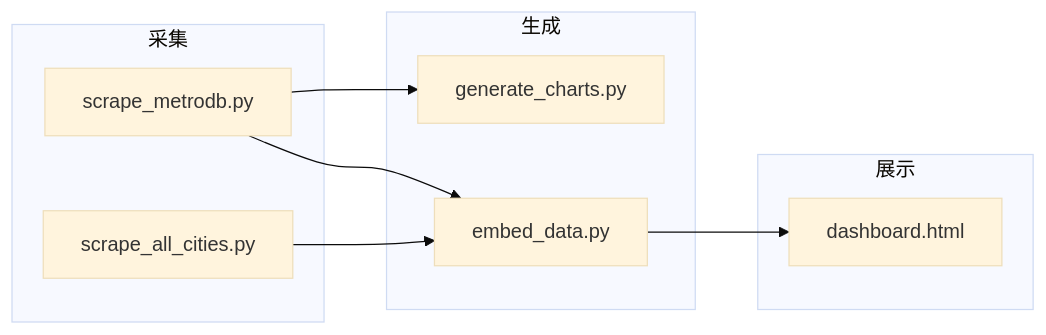
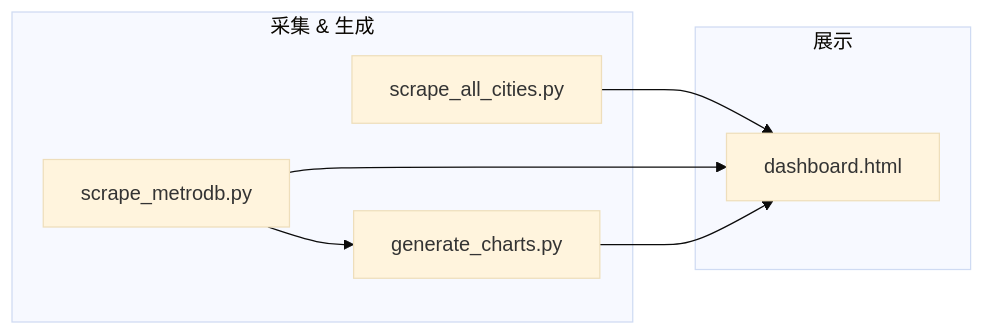
Before and after one commit to threeMoreTime/MAP: the second of 3 diagrams in docs/ARCHITECTURE_DATA_FLOW.md, drawn with Mermaid (base theme). The commit also changed other lines of this file and 11 other files, not shown here.

````diff
--- a/docs/ARCHITECTURE_DATA_FLOW.md
+++ b/docs/ARCHITECTURE_DATA_FLOW.md
@@ -78,19 +78,16 @@
 ```mermaid
 flowchart LR
-  subgraph 采集
+  subgraph scrapers["采集 & 生成"]
     S1[scrape_all_cities.py]
     S2[scrape_metrodb.py]
+    S3[generate_charts.py]
   end
-  subgraph 生成
-    S3[generate_charts.py]
-    S4[embed_data.py]
-  end
-  subgraph 展示
+  subgraph display["展示"]
     S5[dashboard.html]
   end
 
   S2 --> S3
-  S2 --> S4
-  S1 --> S4
-  S4 --> S5
+  S1 --> S5
+  S2 --> S5
+  S3 --> S5
 ```
````
